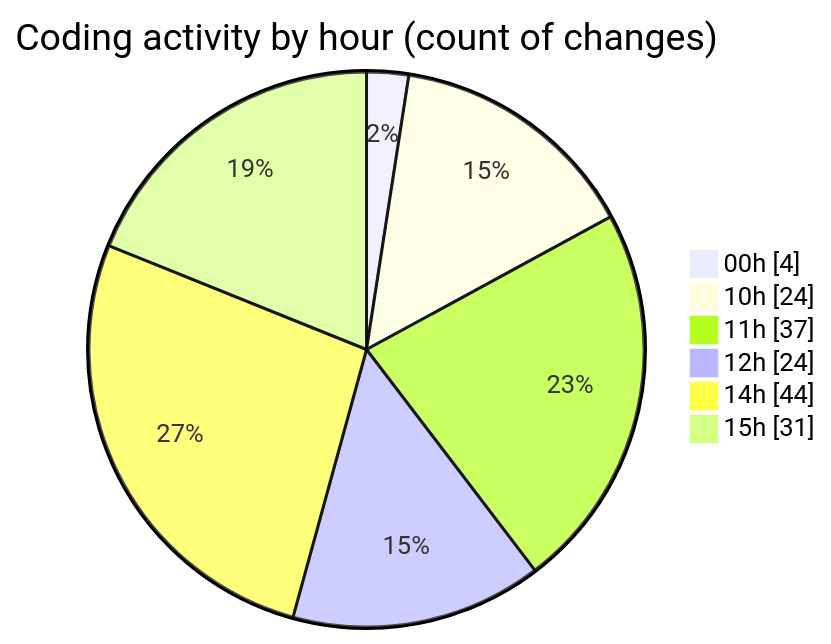
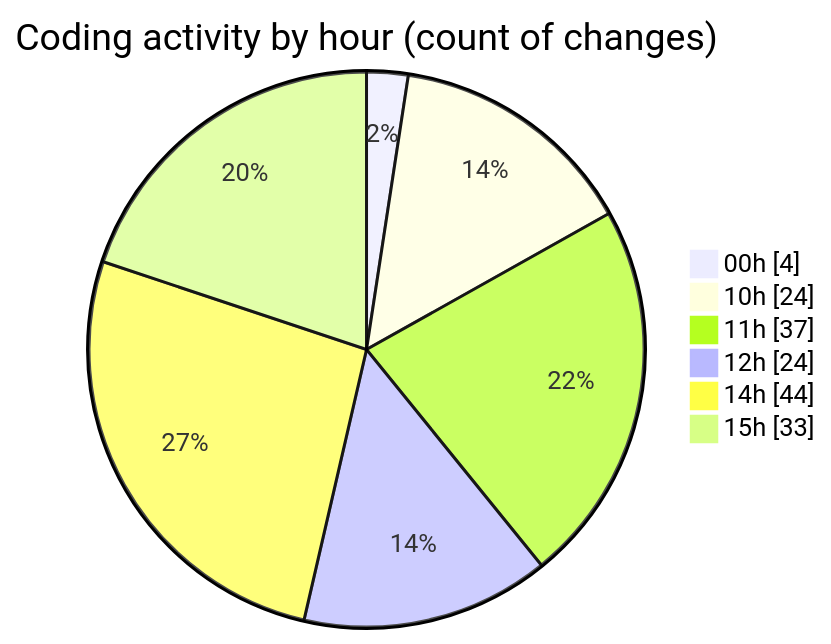
The second of 2 diagrams in 2025-04-04/back-end/README.md (Netris89/code-tracking), drawn with Mermaid before and after one commit. The commit also changed other lines of this file and 1 other file, not shown here.

````diff
--- a/2025-04-04/back-end/README.md
+++ b/2025-04-04/back-end/README.md
@@ -47,10 +48,10 @@
 ```mermaid
 pie showData
 title Coding activity by hour (count of changes)
 "00h" : 4
 "10h" : 24
 "11h" : 37
 "12h" : 24
 "14h" : 44
-"15h" : 31
+"15h" : 33
 ```
````
